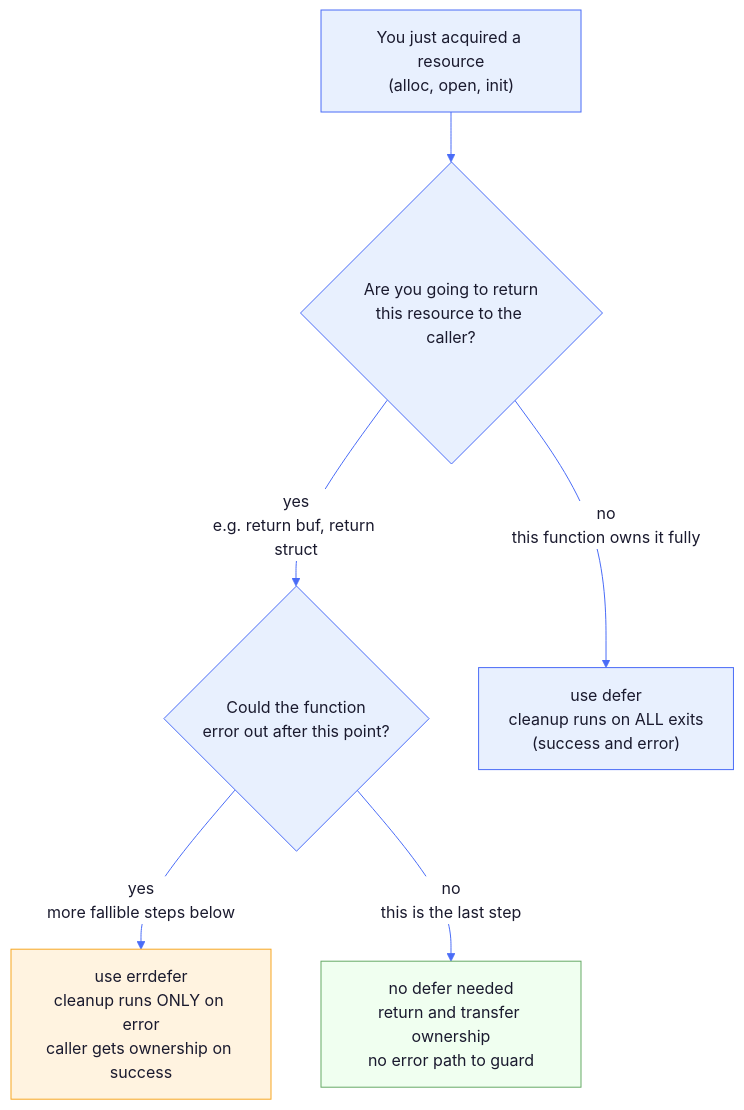
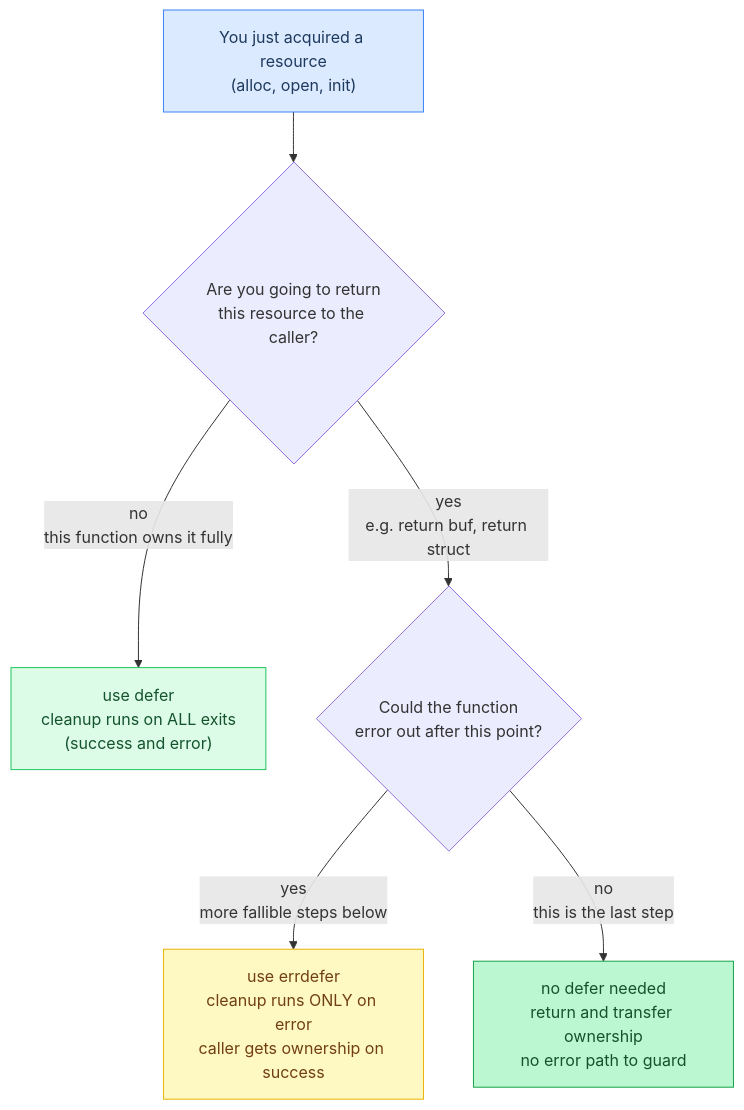
The fourth of 7 diagrams in docs/tutorial/10-memory-safety.md (maci0/agave), drawn with Mermaid before and after one commit. The commit also changed other lines of this file and 24 other files, not shown here.

First line of the commit message:
docs: convert all mermaid diagrams to classDef semantic colors

````diff
--- a/docs/tutorial/10-memory-safety.md
+++ b/docs/tutorial/10-memory-safety.md
@@ -165,30 +154,22 @@
 ```mermaid
-%%{init: {'theme': 'base', 'themeVariables': {
-  'primaryColor': '#e8f0fe',
-  'primaryTextColor': '#1a1a2e',
-  'primaryBorderColor': '#4a6cf7',
-  'lineColor': '#4a6cf7',
-  'secondaryColor': '#f0f4ff',
-  'tertiaryColor': '#f8f9ff',
-  'edgeLabelBackground': '#ffffff',
-  'clusterBkg': '#f0f4ff',
-  'clusterBorder': '#4a6cf7',
-  'titleColor': '#1a1a2e',
-  'nodeTextColor': '#1a1a2e',
-  'fontFamily': 'ui-monospace, SFMono-Regular, monospace'
-}}}%%
 flowchart TD
-    START["You just acquired a resource\n(alloc, open, init)"]
+    classDef setup     fill:#dbeafe,stroke:#3b82f6,color:#1e3a5f
+    classDef sync      fill:#dcfce7,stroke:#22c55e,color:#14532d
+    classDef migration fill:#fef9c3,stroke:#eab308,color:#713f12
+    classDef success   fill:#bbf7d0,stroke:#16a34a,color:#14532d
+    classDef danger    fill:#fee2e2,stroke:#ef4444,color:#7f1d1d
+    classDef optional  fill:#f3e8ff,stroke:#9333ea,color:#581c87
+
+    START["You just acquired a resource\n(alloc, open, init)"]:::setup
+    USE_DEFER["use defer\ncleanup runs on ALL exits\n(success and error)"]:::sync
+    USE_ERRDEFER["use errdefer\ncleanup runs ONLY on error\ncaller gets ownership on success"]:::migration
+    NO_DEFER["no defer needed\nreturn and transfer ownership\nno error path to guard"]:::success
 
     START --> Q1{"Are you going to return\nthis resource to the caller?"}
 
     Q1 -- "yes\ne.g. return buf, return struct" --> Q2{"Could the function\nerror out after this point?"}
-    Q1 -- "no\nthis function owns it fully" --> USE_DEFER["use defer\ncleanup runs on ALL exits\n(success and error)"]
+    Q1 -- "no\nthis function owns it fully" --> USE_DEFER
 
-    Q2 -- "yes\nmore fallible steps below" --> USE_ERRDEFER["use errdefer\ncleanup runs ONLY on error\ncaller gets ownership on success"]
-    Q2 -- "no\nthis is the last step" --> NO_DEFER["no defer needed\nreturn and transfer ownership\nno error path to guard"]
-
-    style USE_DEFER fill:#e8f0fe,stroke:#4a6cf7
-    style USE_ERRDEFER fill:#fff3e0,stroke:#f6a623
-    style NO_DEFER fill:#f0fff0,stroke:#6a6
+    Q2 -- "yes\nmore fallible steps below" --> USE_ERRDEFER
+    Q2 -- "no\nthis is the last step" --> NO_DEFER
 ```
````
